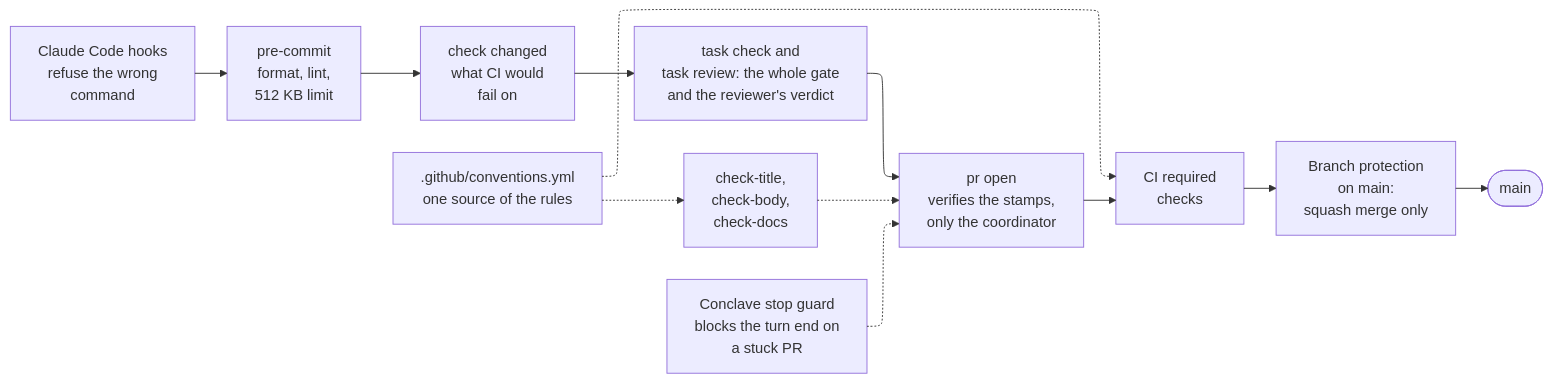
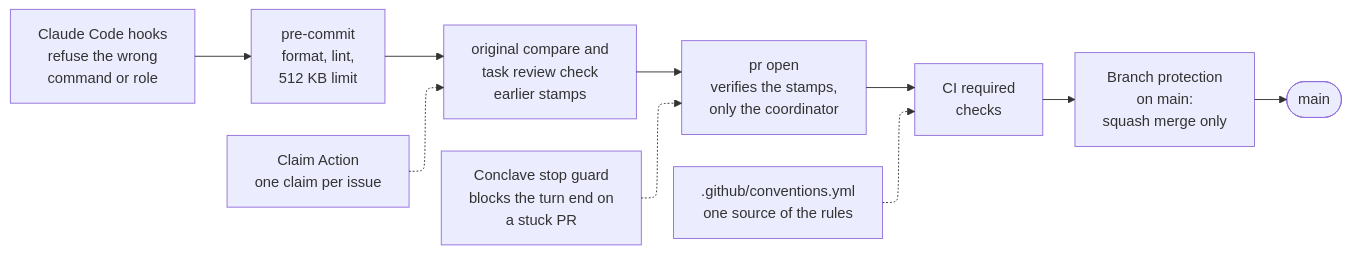
Before and after one commit to Ryubara/coney: the third of 3 diagrams in docs/guides/how-we-work.md, drawn with Mermaid. The commit also changed other lines of this file and 21 other files, not shown here.

````diff
--- a/docs/guides/how-we-work.md
+++ b/docs/guides/how-we-work.md
@@ -567,18 +513,16 @@
 ```mermaid
 ---
 config:
   layout: elk
 ---
 flowchart LR
-  hooks["Claude Code hooks<br/>refuse the wrong<br/>command"] --> pre["pre-commit<br/>format, lint,<br/>512 KB limit"]
-  pre --> gate["check changed<br/>what CI would<br/>fail on"]
-  gate --> stamp["task check and<br/>task review: the whole gate<br/>and the reviewer's verdict"]
-  stamp --> push["pr open<br/>verifies the stamps,<br/>only the coordinator"]
+  hooks["Claude Code hooks<br/>refuse the wrong<br/>command or role"] --> pre["pre-commit<br/>format, lint,<br/>512 KB limit"]
+  pre --> stamps["original compare and<br/>task review check<br/>earlier stamps"]
+  stamps --> push["pr open<br/>verifies the stamps,<br/>only the coordinator"]
   push --> ci["CI required<br/>checks"]
   ci --> rules["Branch protection<br/>on main:<br/>squash merge only"]
   rules --> main(["main"])
-  text["check-title,<br/>check-body,<br/>check-docs"] -.-> push
-  tether["Conclave stop guard<br/>blocks the turn end on<br/>a stuck PR"] -.-> push
-  conv[".github/conventions.yml<br/>one source of the rules"] -.-> text
-  conv -.-> ci
+  claim["Claim Action<br/>one claim per issue"] -.-> stamps
+  conclave["Conclave stop guard<br/>blocks the turn end on<br/>a stuck PR"] -.-> push
+  conv[".github/conventions.yml<br/>one source of the rules"] -.-> ci
 ```
````
